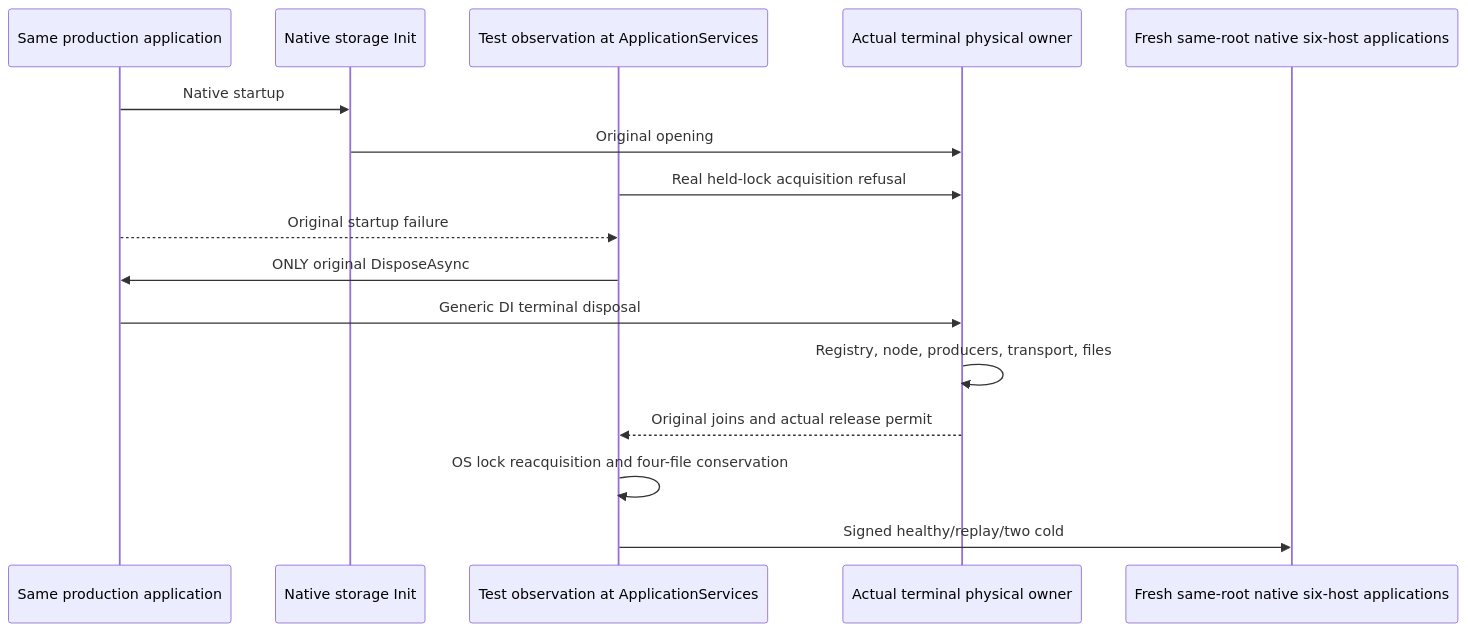
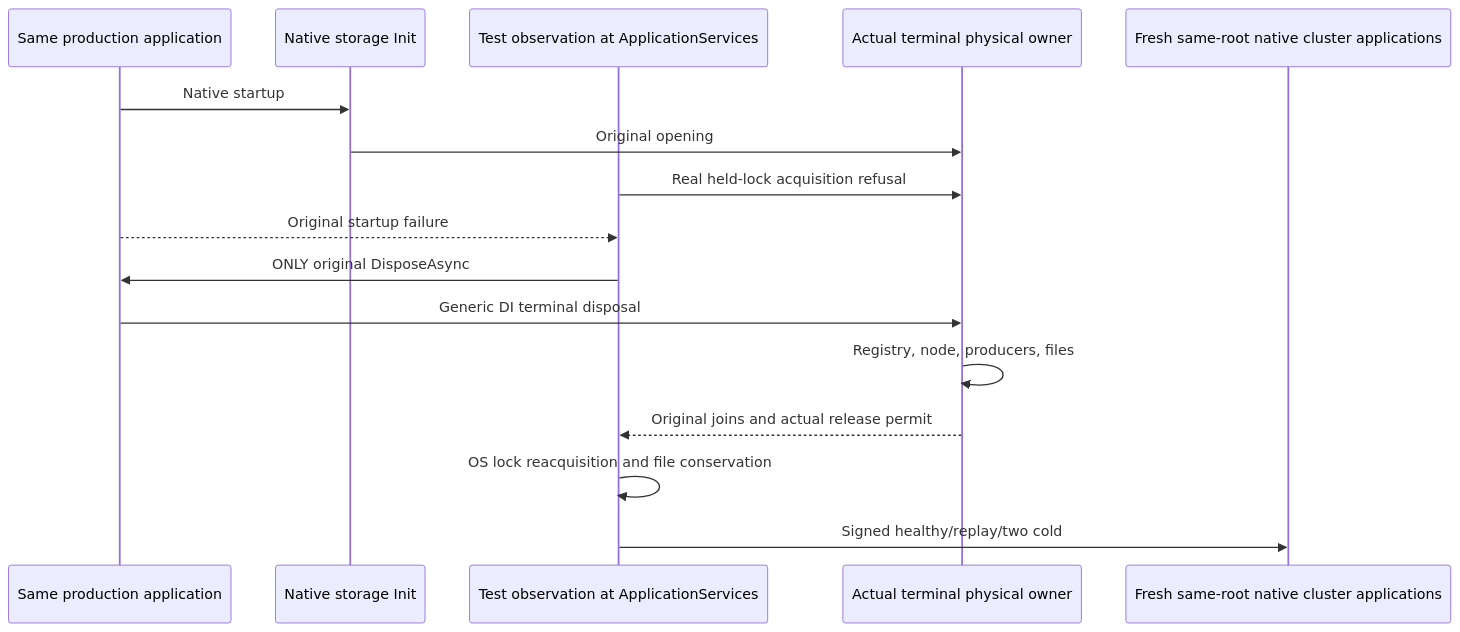
Before and after one commit to managedcode/KeyLoad: the diagram in docs/Features/StorageRecovery/NativePartialApplicationDisposal.md, drawn with Mermaid. The commit also changed other lines of this file and 7356 other files, not shown here.

````diff
--- a/docs/Features/StorageRecovery/NativePartialApplicationDisposal.md
+++ b/docs/Features/StorageRecovery/NativePartialApplicationDisposal.md
@@ -15,18 +15,18 @@
 ```mermaid
 sequenceDiagram
     participant App as Same production application
     participant GS as Native storage Init
     participant Trial as Test observation at ApplicationServices
     participant Owner as Actual terminal physical owner
-    participant FreshCohort as Fresh same-root native six-host applications
+    participant FreshCohort as Fresh same-root native cluster applications
     App->>GS: Native startup
     GS->>Owner: Original opening
     Trial->>Owner: Real held-lock acquisition refusal
     App-->>Trial: Original startup failure
     Trial->>App: ONLY original DisposeAsync
     App->>Owner: Generic DI terminal disposal
-    Owner->>Owner: Registry, node, producers, transport, files
+    Owner->>Owner: Registry, node, producers, files
     Owner-->>Trial: Original joins and actual release permit
-    Trial->>Trial: OS lock reacquisition and four-file conservation
+    Trial->>Trial: OS lock reacquisition and file conservation
     Trial->>FreshCohort: Signed healthy/replay/two cold
 ```
````
